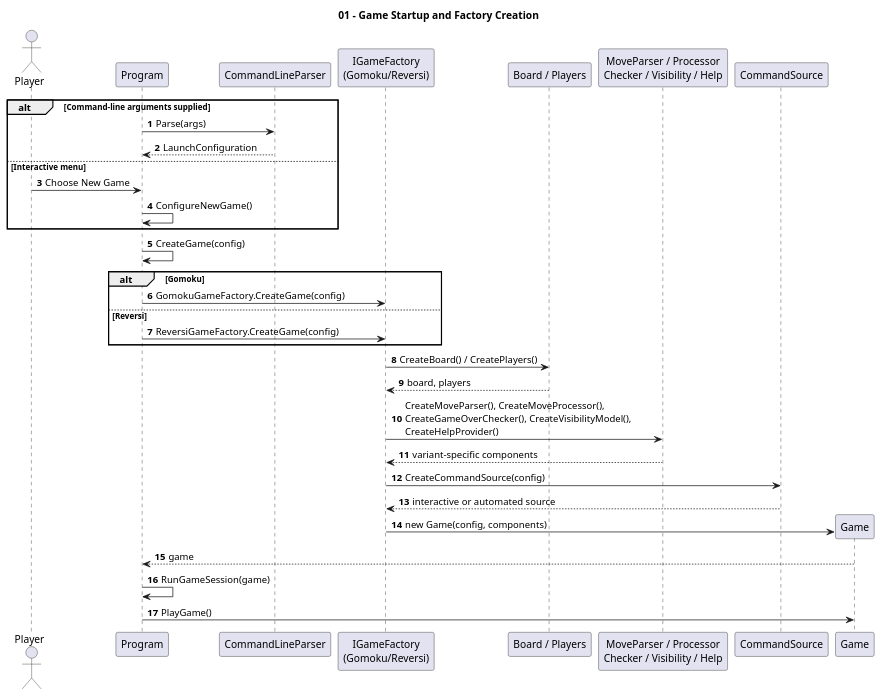
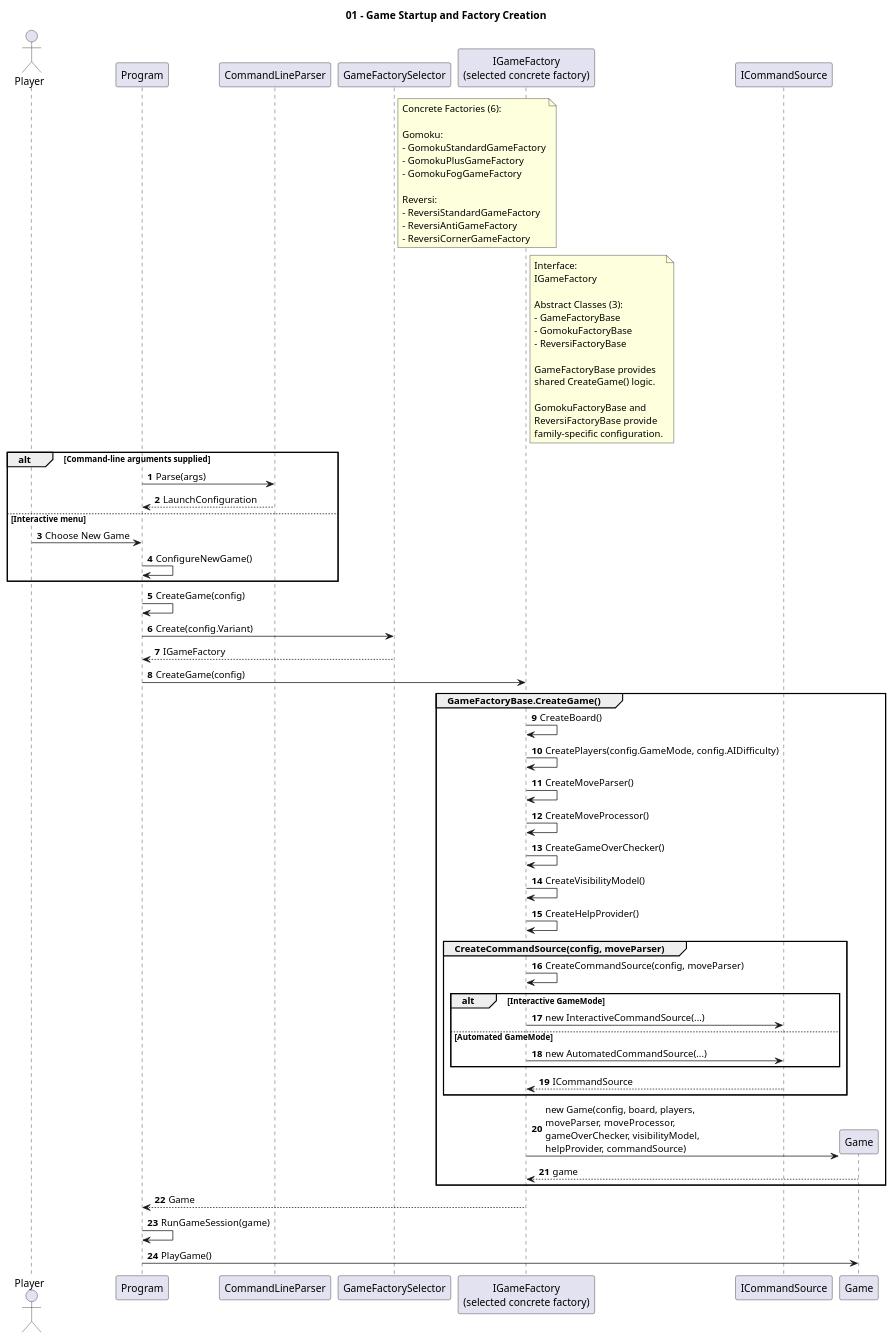
Before and after one commit to eli05810581/GomokuReversiApp: the diagram in diagrams/sequence/01_Game_Startup.puml, drawn with PlantUML. The commit also changed other lines of this file, not shown here.

Commit message:
Update game startup sequence diagram for new factories

```diff
--- a/diagrams/sequence/01_Game_Startup.puml
+++ b/diagrams/sequence/01_Game_Startup.puml
@@ -1,36 +2,86 @@
 @startuml
 title 01 - Game Startup and Factory Creation
 autonumber
+
 actor Player
 participant Program
 participant "CommandLineParser" as CL
-participant "IGameFactory\n(Gomoku/Reversi)" as Factory
-participant "Board / Players" as Parts
-participant "MoveParser / Processor\nChecker / Visibility / Help" as Rules
-participant "CommandSource" as Source
+participant "GameFactorySelector" as Selector
+participant "IGameFactory\n(selected concrete factory)" as Factory
+participant "ICommandSource" as Source
 participant Game
 
+note right of Selector
+  Concrete Factories (6):
+
+  Gomoku:
+  - GomokuStandardGameFactory
+  - GomokuPlusGameFactory
+  - GomokuFogGameFactory
+
+  Reversi:
+  - ReversiStandardGameFactory
+  - ReversiAntiGameFactory
+  - ReversiCornerGameFactory
+end note
+
+note right of Factory
+  Interface:
+  IGameFactory
+
+  Abstract Classes (3):
+  - GameFactoryBase
+  - GomokuFactoryBase
+  - ReversiFactoryBase
+
+  GameFactoryBase provides
+  shared CreateGame() logic.
+
+  GomokuFactoryBase and
+  ReversiFactoryBase provide
+  family-specific configuration.
+end note
+
 alt Command-line arguments supplied
- Program -> CL : Parse(args)
- CL --> Program : LaunchConfiguration
+    Program -> CL : Parse(args)
+    CL --> Program : LaunchConfiguration
 else Interactive menu
- Player -> Program : Choose New Game
- Program -> Program : ConfigureNewGame()
+    Player -> Program : Choose New Game
+    Program -> Program : ConfigureNewGame()
 end
+
 Program -> Program : CreateGame(config)
-alt Gomoku
- Program -> Factory : GomokuGameFactory.CreateGame(config)
-else Reversi
- Program -> Factory : ReversiGameFactory.CreateGame(config)
+Program -> Selector : Create(config.Variant)
+Selector --> Program : IGameFactory
+Program -> Factory : CreateGame(config)
+
+group GameFactoryBase.CreateGame()
+    Factory -> Factory : CreateBoard()
+    Factory -> Factory : CreatePlayers(config.GameMode, config.AIDifficulty)
+    Factory -> Factory : CreateMoveParser()
+    Factory -> Factory : CreateMoveProcessor()
+    Factory -> Factory : CreateGameOverChecker()
+    Factory -> Factory : CreateVisibilityModel()
+    Factory -> Factory : CreateHelpProvider()
+
+    group CreateCommandSource(config, moveParser)
+        Factory -> Factory : CreateCommandSource(config, moveParser)
+
+        alt Interactive GameMode
+            Factory -> Source : new InteractiveCommandSource(...)
+        else Automated GameMode
+            Factory -> Source : new AutomatedCommandSource(...)
+        end
+
+        Source --> Factory : ICommandSource
+    end
+
+    Factory -> Game ** : new Game(config, board, players,\nmoveParser, moveProcessor,\ngameOverChecker, visibilityModel,\nhelpProvider, commandSource)
+    Game --> Factory : game
 end
-Factory -> Parts : CreateBoard() / CreatePlayers()
-Parts --> Factory : board, players
-Factory -> Rules : CreateMoveParser(), CreateMoveProcessor(),\nCreateGameOverChecker(), CreateVisibilityModel(),\nCreateHelpProvider()
-Rules --> Factory : variant-specific components
-Factory -> Source : CreateCommandSource(config)
-Source --> Factory : interactive or automated source
-Factory -> Game ** : new Game(config, components)
-Game --> Program : game
+
+Factory --> Program : Game
 Program -> Program : RunGameSession(game)
 Program -> Game : PlayGame()
+
 @enduml
```
